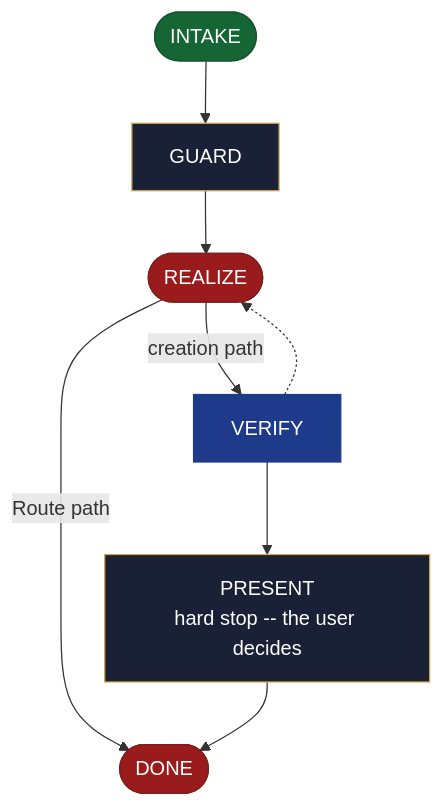
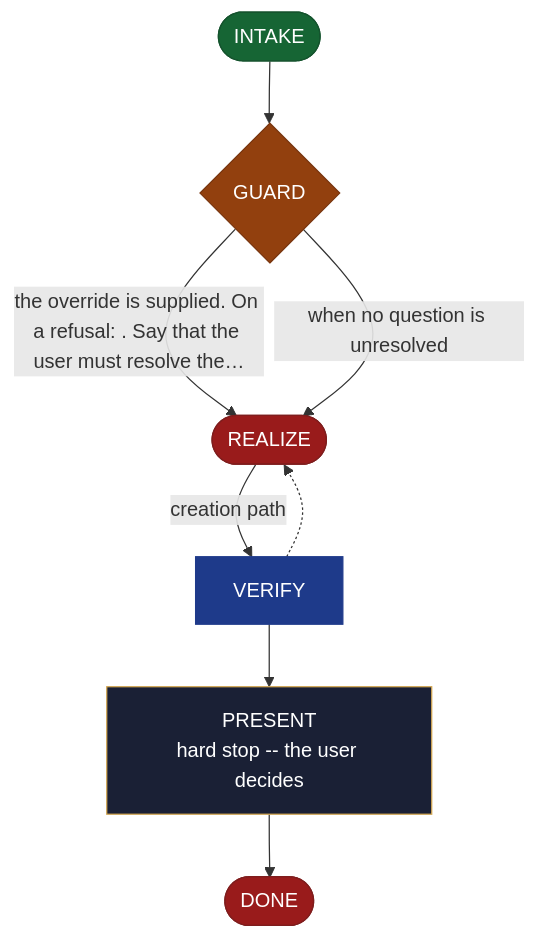
Before and after one commit to AndreVianna/aid-methodology: the diagram in site/src/content/docs/skills/aid-create-mvp.md, drawn with Mermaid. The commit also changed other lines of this file and 195 other files, not shown here.

First line of the commit message:
delivery-002 review fix (cycle 1): sub-step pointers are notes, not advance lines; orchestrate under its line cap, question rule cited not restated; residual flow rungs read advance words; site regenerated; ledger rows marked Fixed (D3-11 left open)

````diff
--- a/site/src/content/docs/skills/aid-create-mvp.md
+++ b/site/src/content/docs/skills/aid-create-mvp.md
@@ -20,34 +20,34 @@
 ```mermaid
 flowchart TB
   classDef aidNode color:#fff
   classDef aidEntry fill:#166534,stroke:#14532d,color:#fff
   classDef aidExit fill:#991b1b,stroke:#7f1d1d,color:#fff
   classDef aidDecision fill:#92400e,stroke:#78350f,color:#fff
   classDef aidLoopBack fill:#1e3a8a,stroke:#1e3a8a,color:#fff
   classDef aidStep fill:#1a2035,stroke:#d4a853,color:#f1f5f9
   n1(["INTAKE"])
-  n2["GUARD"]
+  n2{"GUARD"}
   n3(["REALIZE"])
   n4["VERIFY"]
   n5["PRESENT<br/>hard stop -- the user decides"]
   n6(["DONE"])
   n1 --> n2
-  n2 --> n3
+  n2 -->|"the override is supplied. On a refusal: . Say that the user must resolve the…"| n3
+  n2 -->|"when no question is unresolved"| n3
   n3 -->|"creation path"| n4
-  n3 -->|"Route path"| n6
   n4 -.-> n3
   n4 --> n5
   n5 --> n6
   class n1 aidEntry
-  class n2 aidStep
+  class n2 aidDecision
   class n3 aidExit
   class n4 aidLoopBack
   class n5 aidStep
   class n6 aidExit
   class n1 aidNode
   class n2 aidNode
   class n3 aidNode
   class n4 aidNode
   class n5 aidNode
   class n6 aidNode
 ```
````
